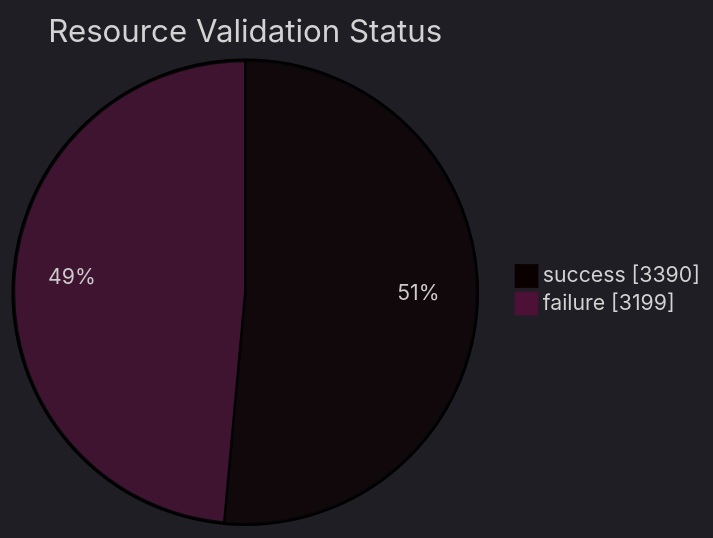
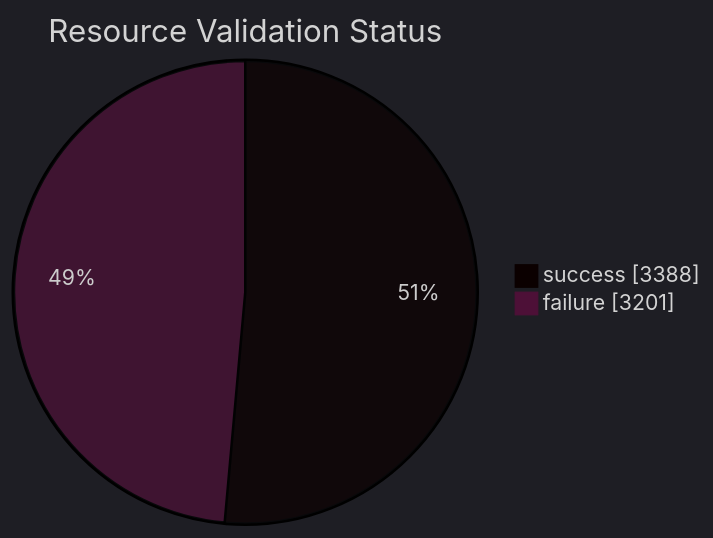
The diagram in datastore_tracker/resource_validation_status_pie_chart.md (open-data/analytics-corporate-reporting), drawn with Mermaid before and after one commit. The commit also changed 8 other files, not shown here.

````diff
--- a/datastore_tracker/resource_validation_status_pie_chart.md
+++ b/datastore_tracker/resource_validation_status_pie_chart.md
@@ -2,9 +2,9 @@
 ```mermaid
 ---
 config:
   theme: dark
 ---
 pie showData title Resource Validation Status
-    "success": 3390
-    "failure": 3199
+    "success": 3388
+    "failure": 3201
 ```
````
